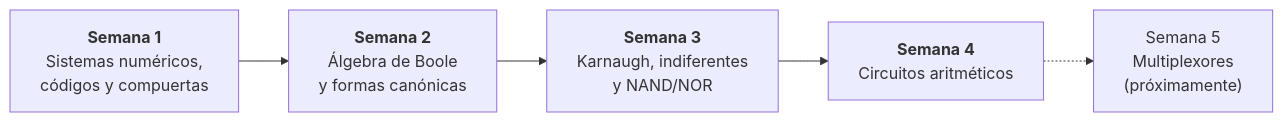
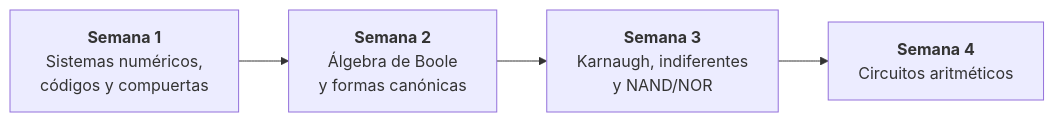
One commit to willy12524322/CuadernoDise-oCircuitos changed the diagram in README.md. Above: the diagram before and after it, drawn with Mermaid. The commit also changed other lines of this file, not shown here.

````diff
--- a/README.md
+++ b/README.md
@@ -38,9 +34,9 @@
 ```mermaid
 flowchart LR
     S1["<b>Semana 1</b><br/>Sistemas numéricos,<br/>códigos y compuertas"]
     S2["<b>Semana 2</b><br/>Álgebra de Boole<br/>y formas canónicas"]
     S3["<b>Semana 3</b><br/>Karnaugh, indiferentes<br/>y NAND/NOR"]
     S4["<b>Semana 4</b><br/>Circuitos aritméticos"]
     S1 --> S2 --> S3 --> S4
-    S4 -.-> S5["Semana 5<br/>Multiplexores<br/>(próximamente)"]
+
 ```
````
